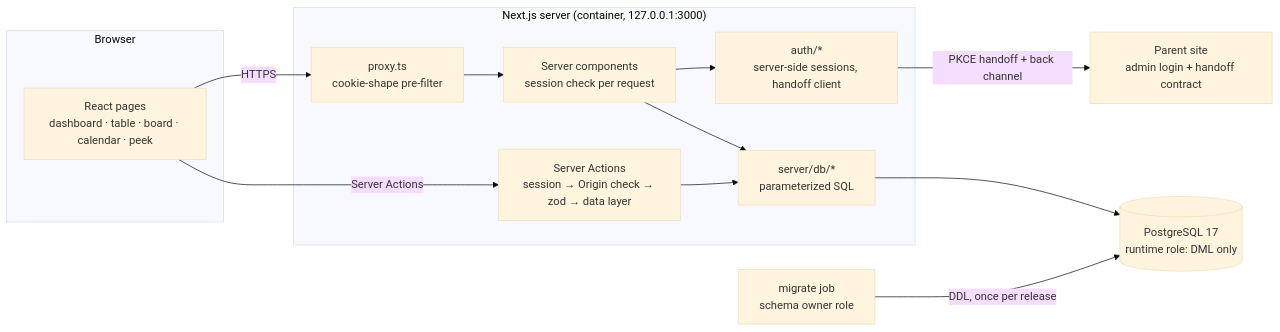
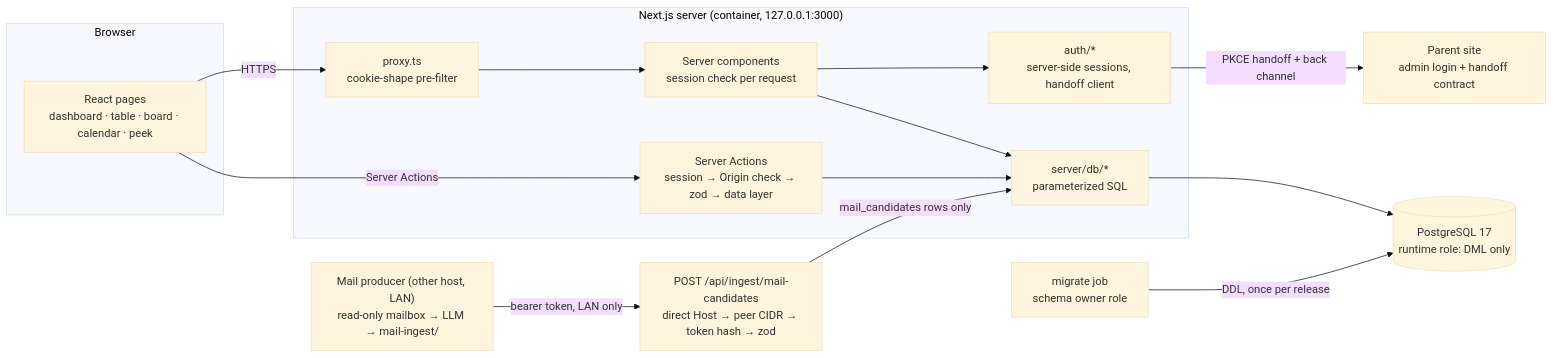
The first of 2 diagrams in README.md (lubydubybubu/review-ops-dashboard), drawn with Mermaid (base theme) before and after one commit. The commit also changed other lines of this file and 41 other files, not shown here.

Commit message:
feat: mail-request inbox with LAN-only ingest and mail-ingest producer

````diff
--- a/README.md
+++ b/README.md
@@ -55,23 +61,26 @@
 ```mermaid
 flowchart LR
   subgraph Browser
     UI["React pages<br/>dashboard · table · board · calendar · peek"]
   end
   subgraph App["Next.js server (container, 127.0.0.1:3000)"]
     Proxy["proxy.ts<br/>cookie-shape pre-filter"]
     Pages["Server components<br/>session check per request"]
     Actions["Server Actions<br/>session → Origin check → zod → data layer"]
     Auth["auth/*<br/>server-side sessions, handoff client"]
     Data["server/db/*<br/>parameterized SQL"]
   end
   DB[("PostgreSQL 17<br/>runtime role: DML only")]
   Migrate["migrate job<br/>schema owner role"]
   Site["Parent site<br/>admin login + handoff contract"]
+  Producer["Mail producer (other host, LAN)<br/>read-only mailbox → LLM → mail-ingest/"]
+  Ingest["POST /api/ingest/mail-candidates<br/>direct Host → peer CIDR → token hash → zod"]
 
   UI -->|HTTPS| Proxy --> Pages --> Data
   UI -->|Server Actions| Actions --> Data
   Pages --> Auth
   Auth -->|"PKCE handoff + back channel"| Site
   Data --> DB
   Migrate -->|"DDL, once per release"| DB
+  Producer -->|"bearer token, LAN only"| Ingest -->|"mail_candidates rows only"| Data
 ```
````
